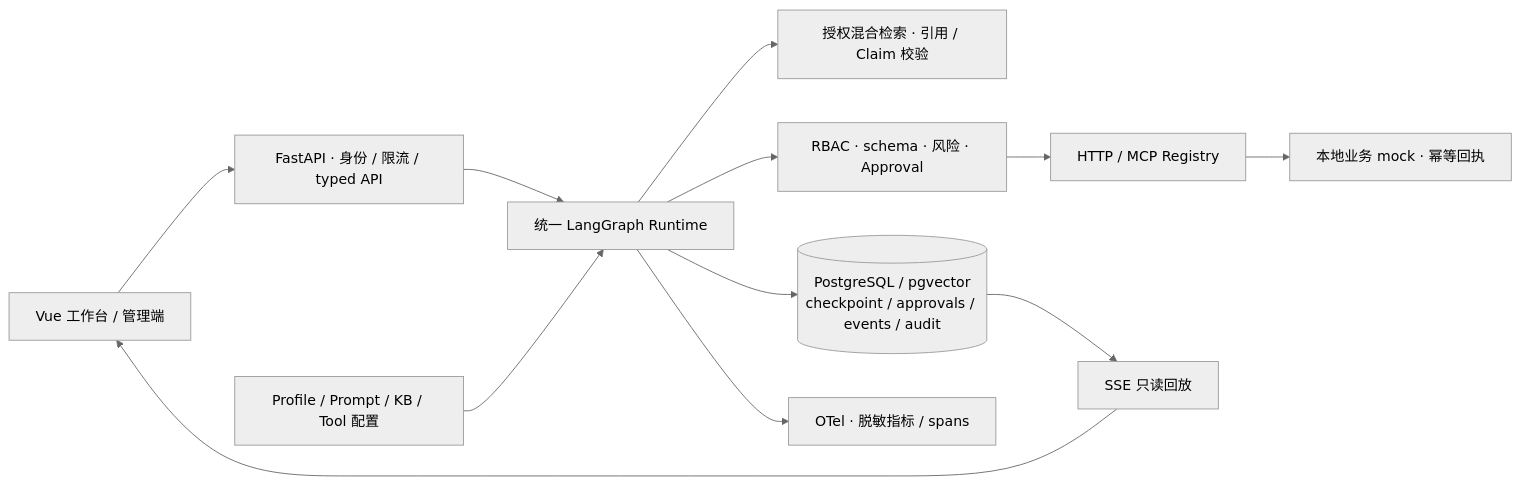
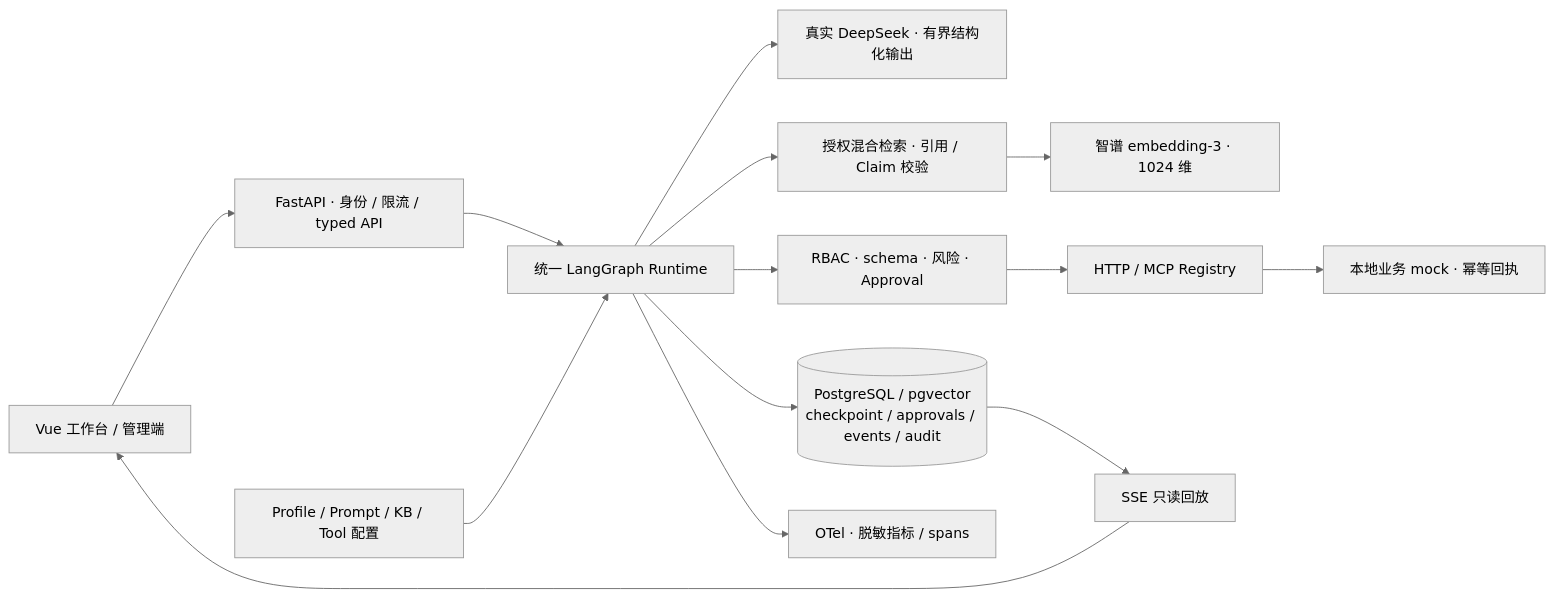
The diagram in README.md (jason4166/omniagent-studio), drawn with Mermaid (neutral theme) before and after one commit. The commit also changed other lines of this file and 42 other files, not shown here.

````diff
--- a/README.md
+++ b/README.md
@@ -60,14 +61,16 @@
 ```mermaid
 flowchart LR
   Web[Vue 工作台 / 管理端] --> API[FastAPI · 身份 / 限流 / typed API]
   API --> Runtime[统一 LangGraph Runtime]
   Profiles[Profile / Prompt / KB / Tool 配置] --> Runtime
+  Runtime --> LLM[真实 DeepSeek · 有界结构化输出]
+  Evidence --> Embedding[智谱 embedding-3 · 1024 维]
   Runtime --> Evidence[授权混合检索 · 引用 / Claim 校验]
   Runtime --> Gate[RBAC · schema · 风险 · Approval]
   Gate --> Registry[HTTP / MCP Registry]
   Registry --> Mock[本地业务 mock · 幂等回执]
   Runtime --> PG[(PostgreSQL / pgvector<br/>checkpoint / approvals / events / audit)]
   PG --> SSE[SSE 只读回放]
   SSE --> Web
   Runtime --> Trace[OTel · 脱敏指标 / spans]
 ```
````
